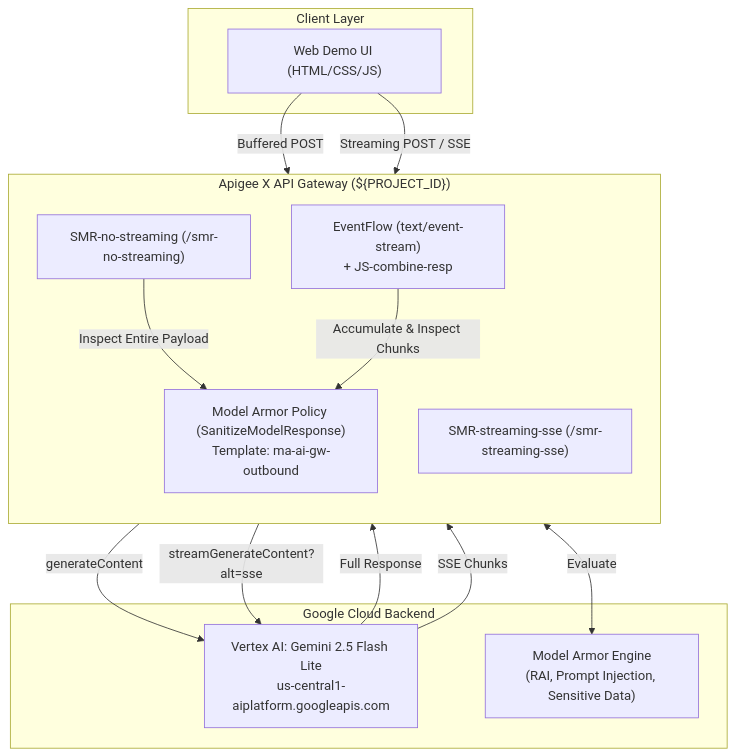
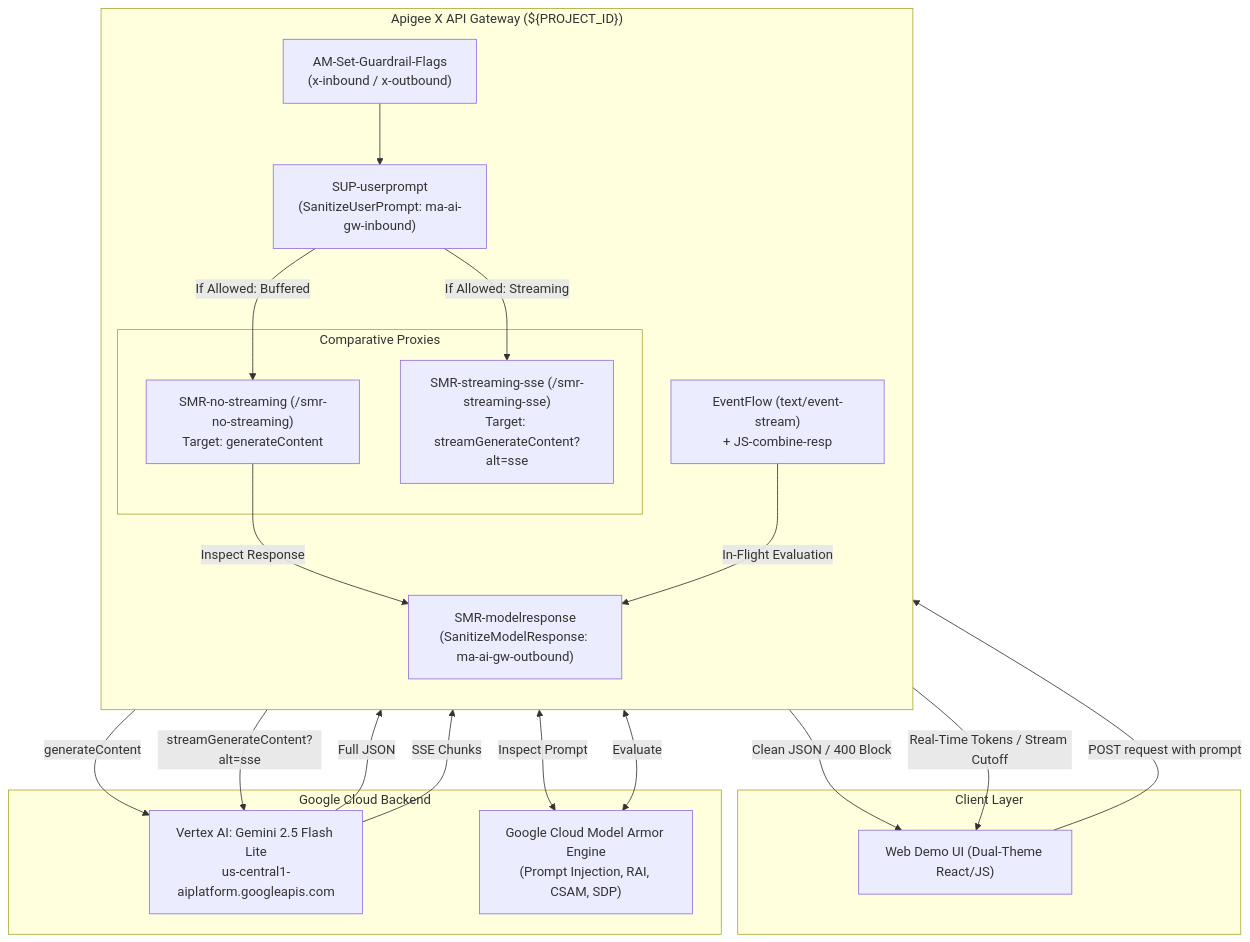
Before and after one commit to welylau/apigee-modelarmor-demo: the diagram in README.md, drawn with Mermaid. The commit also changed other lines of this file and 17 other files, not shown here.

Commit message:
feat: Inbound defense-in-depth guardrails (SUP), modernized dual-theme UI, and enhanced presets

````diff
--- a/README.md
+++ b/README.md
@@ -40,32 +38,43 @@
 ```mermaid
 flowchart TD
     subgraph Client ["Client Layer"]
-        UI["Web Demo UI (HTML/CSS/JS)"]
+        UI["Web Demo UI (Dual-Theme React/JS)"]
     end
 
     subgraph Apigee ["Apigee X API Gateway (${PROJECT_ID})"]
         direction TB
-        ProxyNoStream["SMR-no-streaming (/smr-no-streaming)"]
-        ProxyStream["SMR-streaming-sse (/smr-streaming-sse)"]
-        
-        SMRPolicy["Model Armor Policy (SanitizeModelResponse)<br/>Template: ma-ai-gw-outbound"]
+        Flags["AM-Set-Guardrail-Flags<br/>(x-inbound / x-outbound)"]
+        SUP["SUP-userprompt<br/>(SanitizeUserPrompt: ma-ai-gw-inbound)"]
+
+        subgraph Proxies ["Comparative Proxies"]
+            ProxyNoStream["SMR-no-streaming (/smr-no-streaming)<br/>Target: generateContent"]
+            ProxyStream["SMR-streaming-sse (/smr-streaming-sse)<br/>Target: streamGenerateContent?alt=sse"]
+        end
+
+        SMR["SMR-modelresponse<br/>(SanitizeModelResponse: ma-ai-gw-outbound)"]
         EventFlow["EventFlow (text/event-stream)<br/>+ JS-combine-resp"]
     end
 
     subgraph GCP ["Google Cloud Backend"]
         VertexAI["Vertex AI: Gemini 2.5 Flash Lite<br/>us-central1-aiplatform.googleapis.com"]
-        ModelArmorSvc["Model Armor Engine<br/>(RAI, Prompt Injection, Sensitive Data)"]
+        ModelArmor["Google Cloud Model Armor Engine<br/>(Prompt Injection, RAI, CSAM, SDP)"]
     end
 
-    UI -->|Buffered POST| ProxyNoStream
-    UI -->|Streaming POST / SSE| ProxyStream
+    UI -->|POST request with prompt| Flags
+    Flags --> SUP
+    SUP <-->|Inspect Prompt| ModelArmor
+
+    SUP -->|If Allowed: Buffered| ProxyNoStream
+    SUP -->|If Allowed: Streaming| ProxyStream
 
     ProxyNoStream -->|generateContent| VertexAI
-    VertexAI -->|Full Response| ProxyNoStream
-    ProxyNoStream -->|Inspect Entire Payload| SMRPolicy
-    SMRPolicy <-->|Evaluate| ModelArmorSvc
+    VertexAI -->|Full JSON| ProxyNoStream
+    ProxyNoStream -->|Inspect Response| SMR
+    SMR <-->|Evaluate| ModelArmor
+    SMR -->|Clean JSON / 400 Block| UI
 
     ProxyStream -->|streamGenerateContent?alt=sse| VertexAI
     VertexAI -->|SSE Chunks| EventFlow
-    EventFlow -->|Accumulate & Inspect Chunks| SMRPolicy
+    EventFlow -->|In-Flight Evaluation| SMR
+    EventFlow -->|Real-Time Tokens / Stream Cutoff| UI
 ```
````
